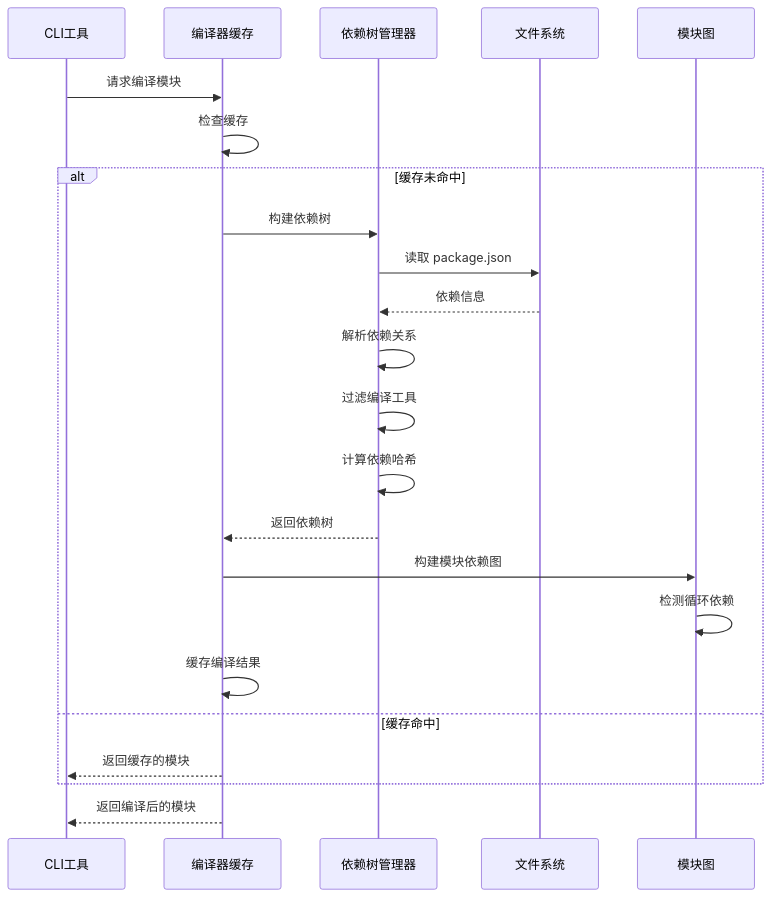
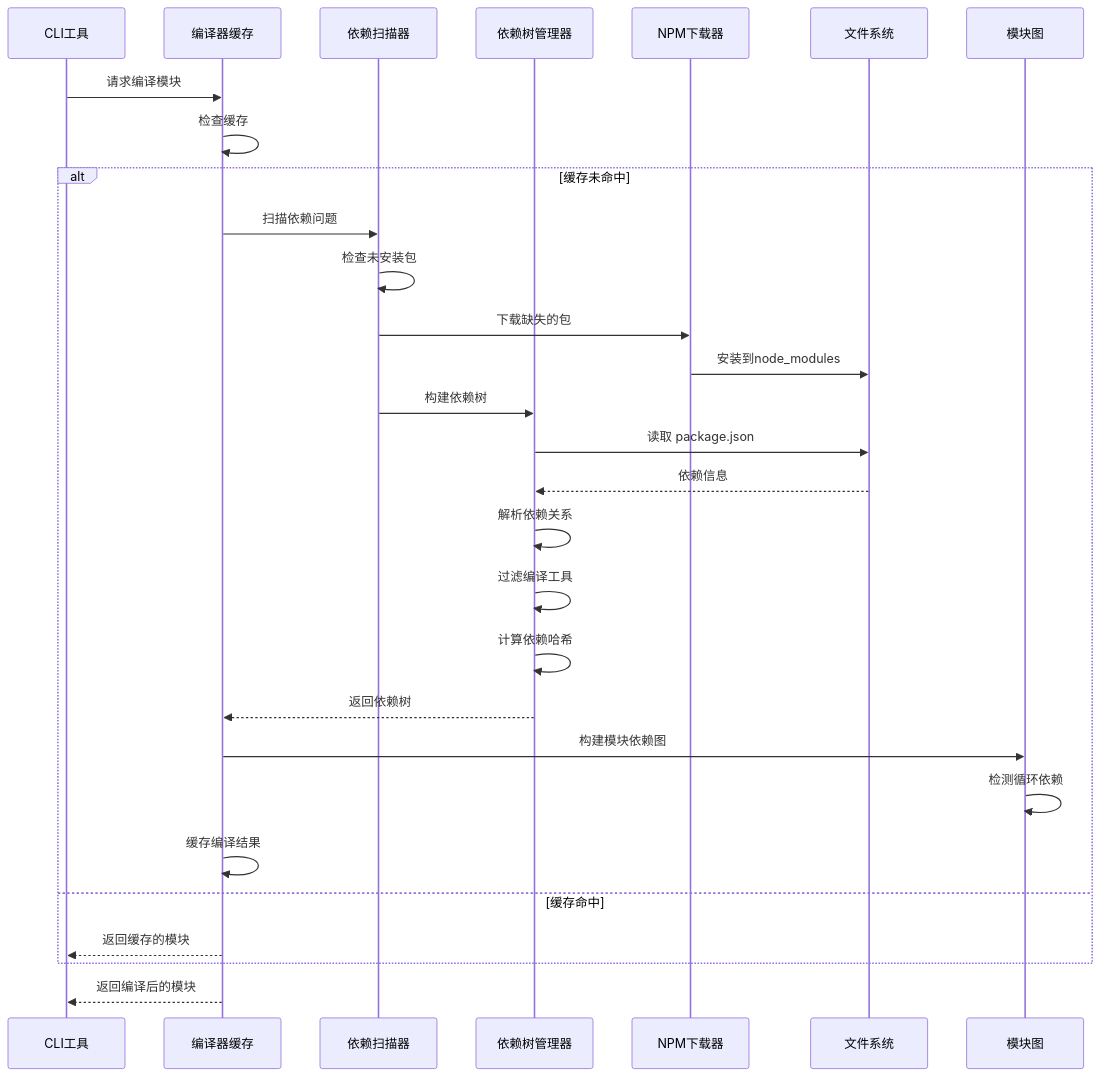
Before and after one commit to itszzl-sudo/iris: the third of 13 diagrams in .qoder/repowiki/zh/content/核心功能特性/依赖树管理功能文档.md, drawn with Mermaid. The commit also changed other lines of this file and 63 other files, not shown here.

````diff
--- a/.qoder/repowiki/zh/content/核心功能特性/依赖树管理功能文档.md
+++ b/.qoder/repowiki/zh/content/核心功能特性/依赖树管理功能文档.md
@@ -177,25 +229,31 @@
 ```mermaid
 sequenceDiagram
 participant CLI as CLI工具
 participant Cache as 编译器缓存
+participant Scanner as 依赖扫描器
 participant Engine as 依赖树管理器
+participant Downloader as NPM下载器
 participant FS as 文件系统
 participant Modules as 模块图
 CLI->>Cache : 请求编译模块
 Cache->>Cache : 检查缓存
 alt 缓存未命中
-Cache->>Engine : 构建依赖树
+Cache->>Scanner : 扫描依赖问题
+Scanner->>Scanner : 检查未安装包
+Scanner->>Downloader : 下载缺失的包
+Downloader->>FS : 安装到node_modules
+Scanner->>Engine : 构建依赖树
 Engine->>FS : 读取 package.json
 FS-->>Engine : 依赖信息
 Engine->>Engine : 解析依赖关系
 Engine->>Engine : 过滤编译工具
 Engine->>Engine : 计算依赖哈希
 Engine-->>Cache : 返回依赖树
 Cache->>Modules : 构建模块依赖图
 Modules->>Modules : 检测循环依赖
 Cache->>Cache : 缓存编译结果
 else 缓存命中
 Cache-->>CLI : 返回缓存的模块
 end
 Cache-->>CLI : 返回编译后的模块
 ```
````
